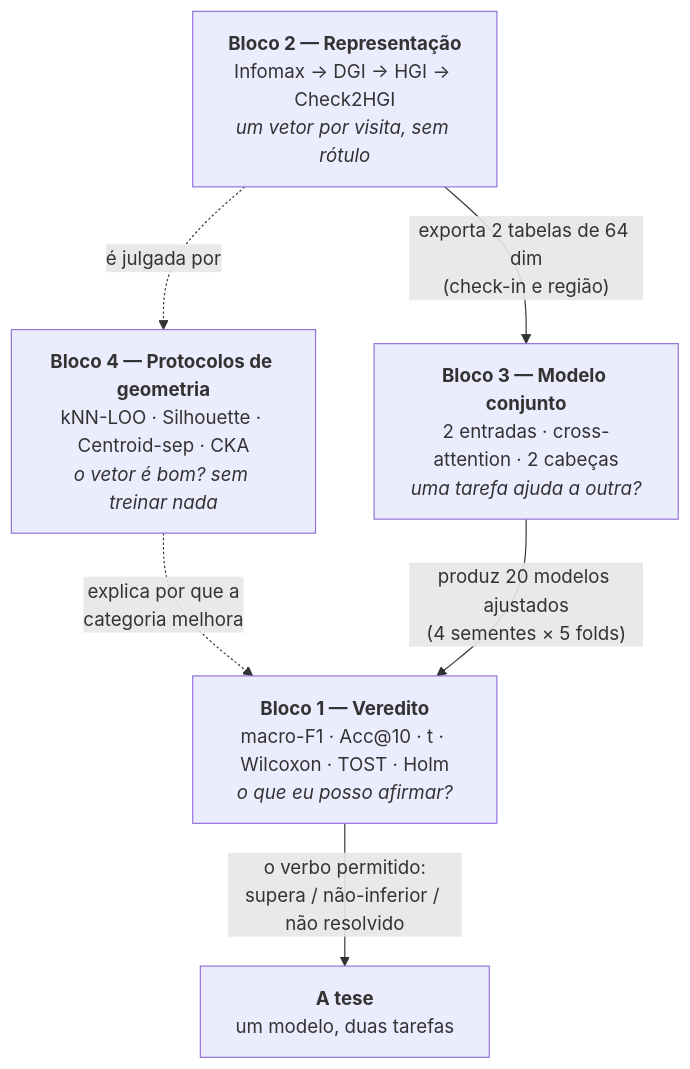
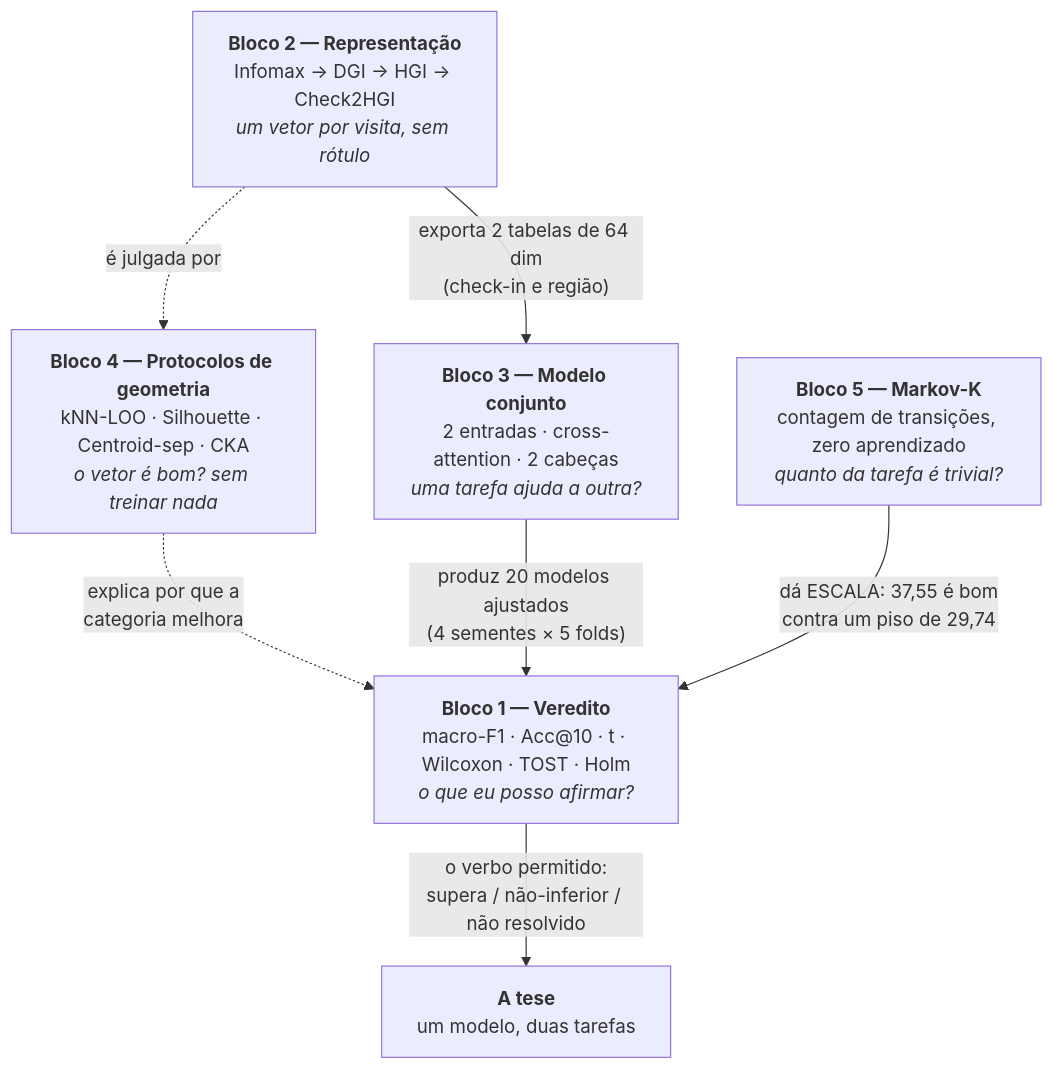
One commit to VitorHugoOli/PoiMtlNet changed the first of 4 diagrams in articles/dissertacao/wrapup/ESTUDOS_DEFESA.md. Above: the diagram before and after it, drawn with Mermaid. The commit also changed other lines of this file and 1 other file, not shown here.

First line of the commit message:
estudos: bloco 5 -- Markov-K, o piso que da escala a todo o resto

````diff
--- a/articles/dissertacao/wrapup/ESTUDOS_DEFESA.md
+++ b/articles/dissertacao/wrapup/ESTUDOS_DEFESA.md
@@ -48,13 +51,16 @@
 ```mermaid
 flowchart TB
     A["<b>Bloco 2 — Representação</b><br/>Infomax → DGI → HGI → Check2HGI<br/><i>um vetor por visita, sem rótulo</i>"]
     B["<b>Bloco 4 — Protocolos de geometria</b><br/>kNN-LOO · Silhouette · Centroid-sep · CKA<br/><i>o vetor é bom? sem treinar nada</i>"]
     C["<b>Bloco 3 — Modelo conjunto</b><br/>2 entradas · cross-attention · 2 cabeças<br/><i>uma tarefa ajuda a outra?</i>"]
     D["<b>Bloco 1 — Veredito</b><br/>macro-F1 · Acc@10 · t · Wilcoxon · TOST · Holm<br/><i>o que eu posso afirmar?</i>"]
 
+    M["<b>Bloco 5 — Markov-K</b><br/>contagem de transições, zero aprendizado<br/><i>quanto da tarefa é trivial?</i>"]
+
     A -->|"exporta 2 tabelas de 64 dim<br/>(check-in e região)"| C
     A -.->|"é julgada por"| B
     B -.->|"explica por que a<br/>categoria melhora"| D
     C -->|"produz 20 modelos ajustados<br/>(4 sementes × 5 folds)"| D
+    M -->|"dá ESCALA: 37,55 é bom<br/>contra um piso de 29,74"| D
     D -->|"o verbo permitido:<br/>supera / não-inferior / não resolvido"| E["<b>A tese</b><br/>um modelo, duas tarefas"]
 ```
````
